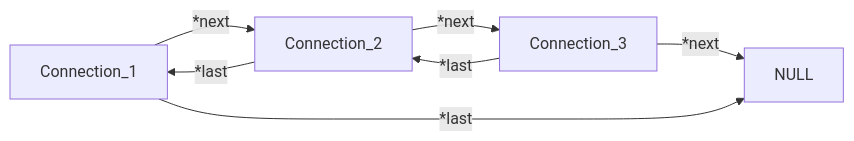
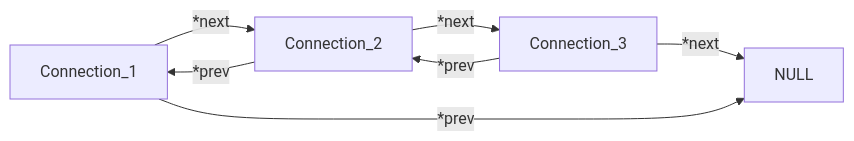
One commit to maptic/osurs changed the third of 5 diagrams in README.md. Above: the diagram before and after it, drawn with Mermaid. The commit also changed other lines of this file, not shown here.

Commit message:
Change last to previous in README.md

````diff
--- a/README.md
+++ b/README.md
@@ -56,9 +56,9 @@
 ```mermaid
 graph LR;
   Connection_1-->|*next|Connection_2;
   Connection_2-->|*next|Connection_3;
   Connection_3-->|*next|NULL;
-  Connection_3-->|*last|Connection_2;
-  Connection_2-->|*last|Connection_1;
-  Connection_1-->|*last|NULL;
+  Connection_3-->|*prev|Connection_2;
+  Connection_2-->|*prev|Connection_1;
+  Connection_1-->|*prev|NULL;
 ```
````
